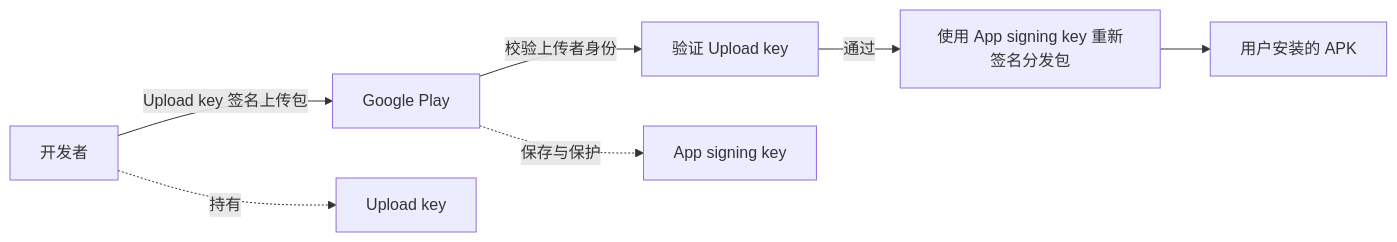
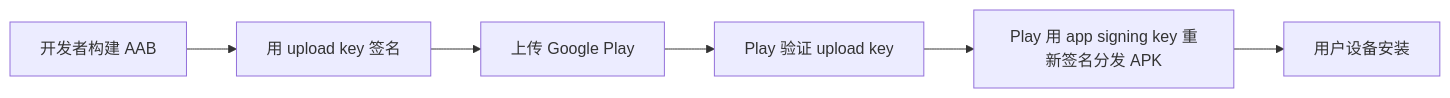
One commit to junyingzhao001/StudyNotes changed the ninth of 11 diagrams in android插件相关/签名详解.md. Above: the diagram before and after it, drawn with Mermaid. The commit also changed other lines of this file and 3 other files, not shown here.

````diff
--- a/android插件相关/签名详解.md
+++ b/android插件相关/签名详解.md
@@ -776,9 +754,8 @@
 ```mermaid
 flowchart LR
-  Dev["开发者"] -->|Upload key 签名上传包| Play["Google Play"]
-  Play -->|校验上传者身份| Verify["验证 Upload key"]
-  Verify -->|通过| AppSigning["使用 App signing key 重新签名分发包"]
-  AppSigning --> User["用户安装的 APK"]
-  Play -.保存与保护.-> AppKey["App signing key"]
-  Dev -.持有.-> UploadKey["Upload key"]
+    A["开发者构建 AAB"] --> B["用 upload key 签名"]
+    B --> C["上传 Google Play"]
+    C --> D["Play 验证 upload key"]
+    D --> E["Play 用 app signing key 重新签名分发 APK"]
+    E --> F["用户设备安装"]
 ```
````
